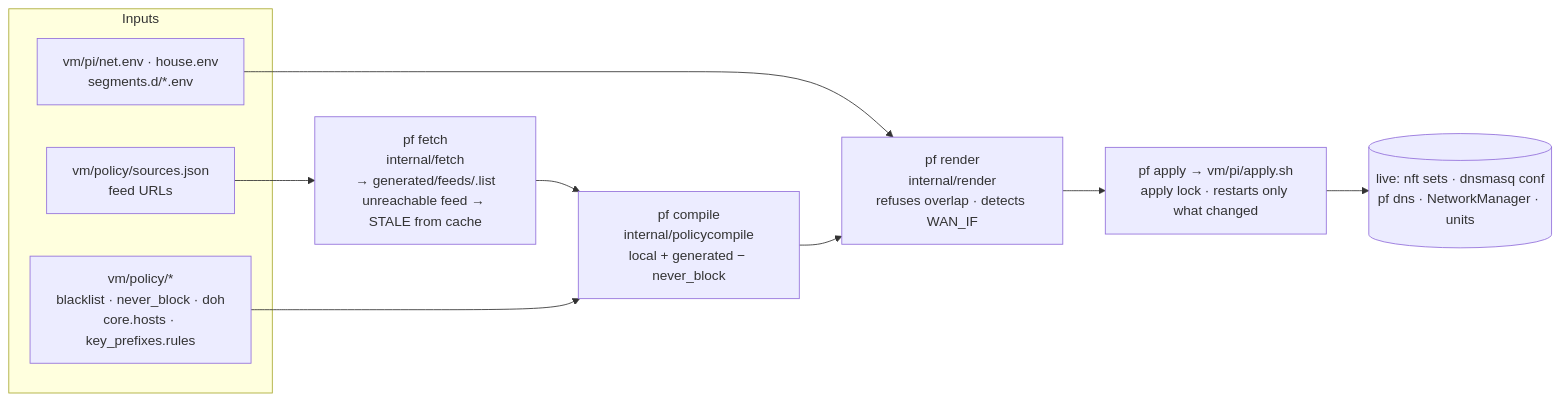
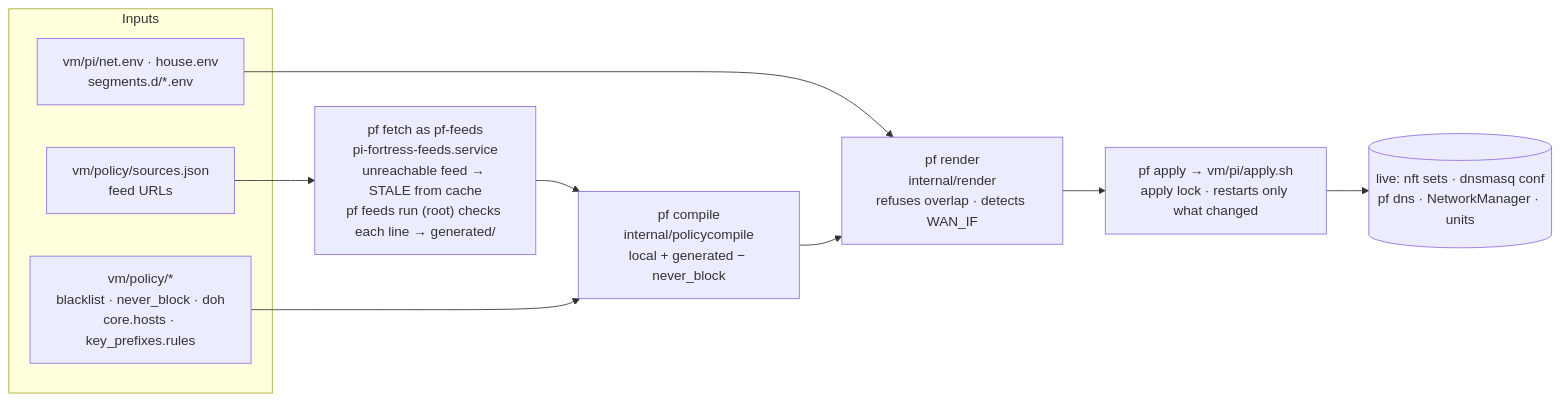
One commit to praneos/pi-fortress changed the third of 4 diagrams in docs/diagrams/architecture.md. Above: the diagram before and after it, drawn with Mermaid. The commit also changed 8 other files, not shown here.

Commit message:
docs: the feed download runs as pf-feeds; root imports checked lists

````diff
--- a/docs/diagrams/architecture.md
+++ b/docs/diagrams/architecture.md
@@ -136,19 +136,19 @@
 ```mermaid
 flowchart LR
     subgraph INPUTS["Inputs"]
         SRC["vm/policy/sources.json<br/>feed URLs"]
         LOCAL["vm/policy/*<br/>blacklist · never_block · doh<br/>core.hosts · key_prefixes.rules"]
         ENV["vm/pi/net.env · house.env<br/>segments.d/*.env"]
     end
-    FETCH["pf fetch<br/>internal/fetch<br/>→ generated/feeds/<id>.list<br/>unreachable feed → STALE from cache"]
+    FETCH["pf fetch as pf-feeds<br/>pi-fortress-feeds.service<br/>unreachable feed → STALE from cache<br/>pf feeds run (root) checks each line → generated/"]
     COMP["pf compile<br/>internal/policycompile<br/>local + generated − never_block"]
     REND["pf render<br/>internal/render<br/>refuses overlap · detects WAN_IF"]
     APPL["pf apply → vm/pi/apply.sh<br/>apply lock · restarts only what changed"]
     LIVE[("live: nft sets · dnsmasq conf<br/>pf dns · NetworkManager · units")]
 
     SRC --> FETCH --> COMP
     LOCAL --> COMP
     ENV --> REND
     COMP --> REND
     REND --> APPL --> LIVE
 ```
````
